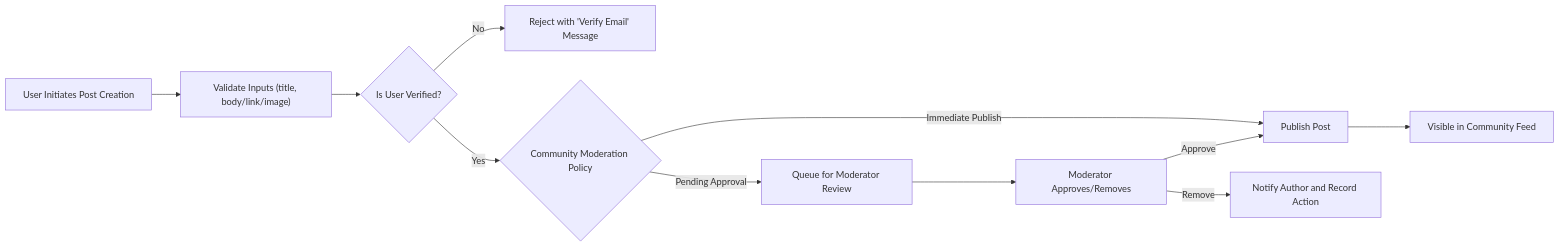
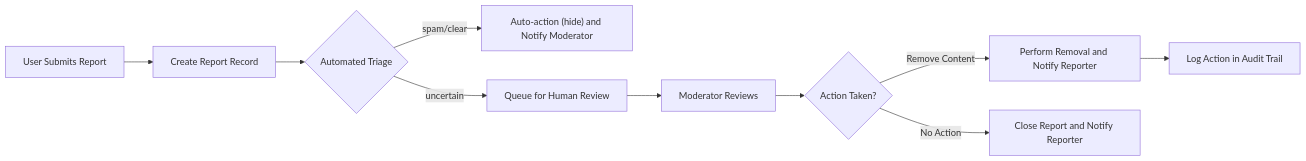
One commit to wrtnlabs/autobe-examples changed the third of 3 diagrams in openai/gpt-5-mini/reddit/docs/analysis/01-service-overview.md. Above: the diagram before and after it, drawn with Mermaid. The commit also changed other lines of this file and 16146 other files, not shown here.

````diff
--- a/openai/gpt-5-mini/reddit/docs/analysis/01-service-overview.md
+++ b/openai/gpt-5-mini/reddit/docs/analysis/01-service-overview.md
@@ -340,13 +161,12 @@
 ```mermaid
 graph LR
-  A["User Initiates Post Creation"] --> B["Validate Inputs (title, body/link/image)"]
-  B --> C{"Is User Verified?"}
-  C -->|"No"| D["Reject with 'Verify Email' Message"]
-  C -->|"Yes"| E{"Community Moderation Policy"}
-  E -->|"Immediate Publish"| F["Publish Post"]
-  E -->|"Pending Approval"| G["Queue for Moderator Review"]
-  G --> H["Moderator Approves/Removes"]
-  H -->|"Approve"| F
-  H -->|"Remove"| I["Notify Author and Record Action"]
-  F --> J["Visible in Community Feed"]
+  A["User Submits Report"] --> B["Create Report Record"]
+  B --> C{"Automated Triage"}
+  C -->|"spam/clear"| D["Auto-action (hide) and Notify Moderator"]
+  C -->|"uncertain"| E["Queue for Human Review"]
+  E --> F["Moderator Reviews"]
+  F --> G{"Action Taken?"}
+  G -->|"Remove Content"| H["Perform Removal and Notify Reporter"]
+  G -->|"No Action"| I["Close Report and Notify Reporter"]
+  H --> J["Log Action in Audit Trail"]
 ```
````
